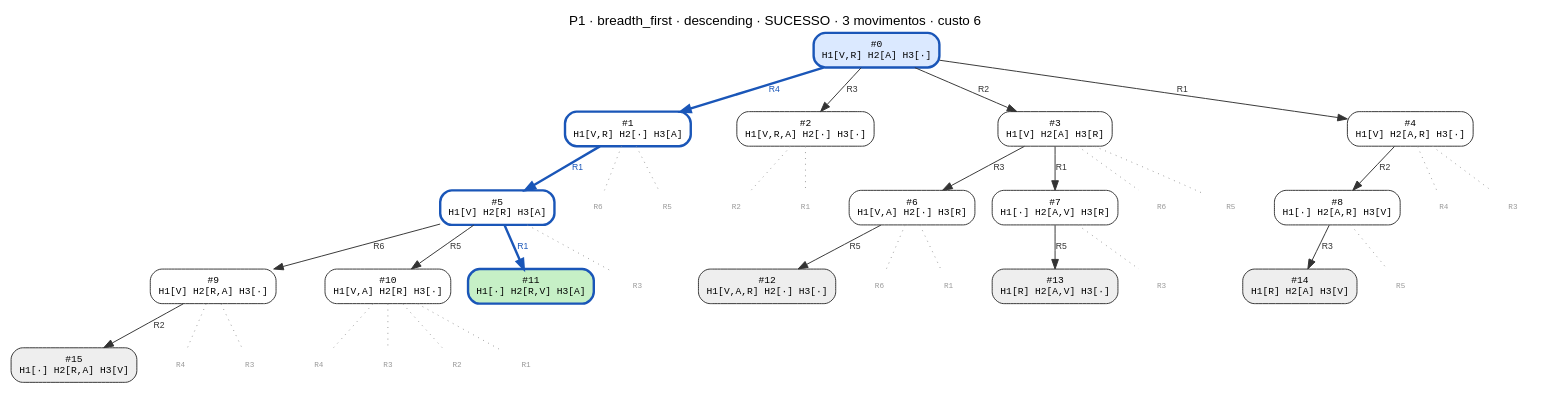
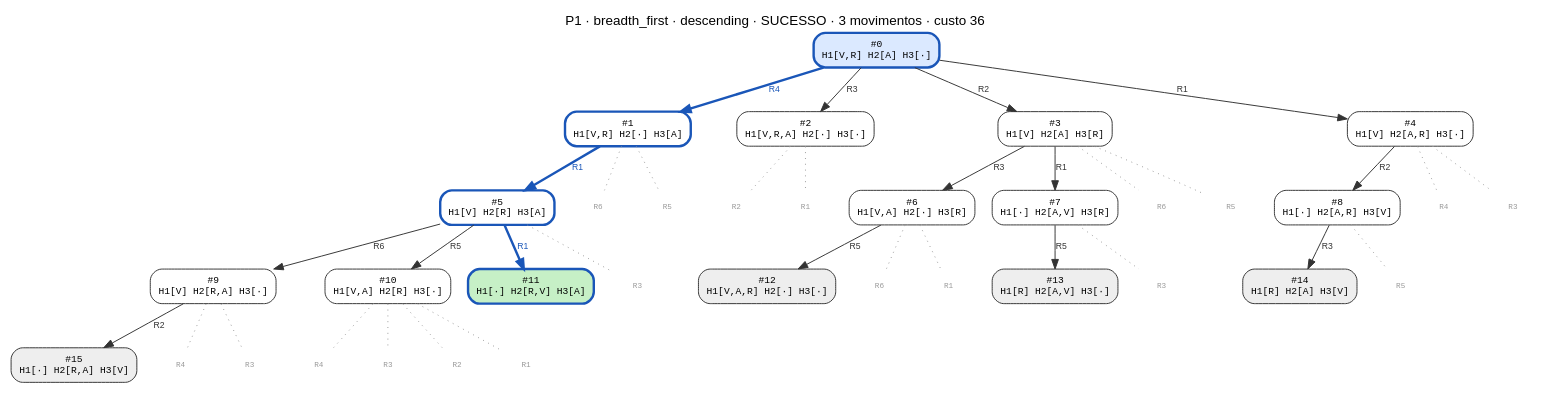
The diagram in data/P1/breadth_first_descending.dot (CharlesLB/dcc-014-trabalho-1), drawn with Graphviz before and after one commit. The commit also changed 17 other files, not shown here.

Commit message:
Regenerate the search-tree graphs with the ten-per-move cost

```diff
--- a/data/P1/breadth_first_descending.dot
+++ b/data/P1/breadth_first_descending.dot
@@ -1,74 +1,74 @@
 digraph search {
-  label="P1 · breadth_first · descending · SUCESSO · 3 movimentos · custo 6"; labelloc=t; fontname="Helvetica";
+  label="P1 · breadth_first · descending · SUCESSO · 3 movimentos · custo 36"; labelloc=t; fontname="Helvetica";
   node [shape=box, style="rounded,filled", fontname="monospace", fontsize=10];
   edge [fontname="Helvetica", fontsize=9];
   n0 [label="#0\nH1[V,R] H2[A] H3[·]", fillcolor="#dbe9ff", color="#1a56b8", penwidth=2.5];
   n1 [label="#1\nH1[V,R] H2[·] H3[A]", fillcolor="#ffffff", color="#1a56b8", penwidth=2.5];
   n0 -> n1 [label="R4", color="#1a56b8", fontcolor="#1a56b8", penwidth=2.5];
   n2 [label="#2\nH1[V,R,A] H2[·] H3[·]", fillcolor="#ffffff", color="#333333", penwidth=1];
   n0 -> n2 [label="R3", color="#333333", fontcolor="#333333", penwidth=1];
   n3 [label="#3\nH1[V] H2[A] H3[R]", fillcolor="#ffffff", color="#333333", penwidth=1];
   n0 -> n3 [label="R2", color="#333333", fontcolor="#333333", penwidth=1];
   n4 [label="#4\nH1[V] H2[A,R] H3[·]", fillcolor="#ffffff", color="#333333", penwidth=1];
   n0 -> n4 [label="R1", color="#333333", fontcolor="#333333", penwidth=1];
   n5 [label="#5\nH1[V] H2[R] H3[A]", fillcolor="#ffffff", color="#1a56b8", penwidth=2.5];
   n1 -> n5 [label="R1", color="#1a56b8", fontcolor="#1a56b8", penwidth=2.5];
   n6 [label="#6\nH1[V,A] H2[·] H3[R]", fillcolor="#ffffff", color="#333333", penwidth=1];
   n3 -> n6 [label="R3", color="#333333", fontcolor="#333333", penwidth=1];
   n7 [label="#7\nH1[·] H2[A,V] H3[R]", fillcolor="#ffffff", color="#333333", penwidth=1];
   n3 -> n7 [label="R1", color="#333333", fontcolor="#333333", penwidth=1];
   n8 [label="#8\nH1[·] H2[A,R] H3[V]", fillcolor="#ffffff", color="#333333", penwidth=1];
   n4 -> n8 [label="R2", color="#333333", fontcolor="#333333", penwidth=1];
   n9 [label="#9\nH1[V] H2[R,A] H3[·]", fillcolor="#ffffff", color="#333333", penwidth=1];
   n5 -> n9 [label="R6", color="#333333", fontcolor="#333333", penwidth=1];
   n10 [label="#10\nH1[V,A] H2[R] H3[·]", fillcolor="#ffffff", color="#333333", penwidth=1];
   n5 -> n10 [label="R5", color="#333333", fontcolor="#333333", penwidth=1];
   n11 [label="#11\nH1[·] H2[R,V] H3[A]", fillcolor="#c6f0c6", color="#1a56b8", penwidth=2.5];
   n5 -> n11 [label="R1", color="#1a56b8", fontcolor="#1a56b8", penwidth=2.5];
   n12 [label="#12\nH1[V,A,R] H2[·] H3[·]", fillcolor="#eeeeee", color="#333333", penwidth=1];
   n6 -> n12 [label="R5", color="#333333", fontcolor="#333333", penwidth=1];
   n13 [label="#13\nH1[R] H2[A,V] H3[·]", fillcolor="#eeeeee", color="#333333", penwidth=1];
   n7 -> n13 [label="R5", color="#333333", fontcolor="#333333", penwidth=1];
   n14 [label="#14\nH1[R] H2[A] H3[V]", fillcolor="#eeeeee", color="#333333", penwidth=1];
   n8 -> n14 [label="R3", color="#333333", fontcolor="#333333", penwidth=1];
   n15 [label="#15\nH1[·] H2[R,A] H3[V]", fillcolor="#eeeeee", color="#333333", penwidth=1];
   n9 -> n15 [label="R2", color="#333333", fontcolor="#333333", penwidth=1];
   p1_R6 [label="R6", shape=plaintext, style=solid, fontcolor="#999999", fontsize=8];
   n1 -> p1_R6 [style=dotted, color="#999999", arrowhead=none];
   p1_R5 [label="R5", shape=plaintext, style=solid, fontcolor="#999999", fontsize=8];
   n1 -> p1_R5 [style=dotted, color="#999999", arrowhead=none];
   p2_R2 [label="R2", shape=plaintext, style=solid, fontcolor="#999999", fontsize=8];
   n2 -> p2_R2 [style=dotted, color="#999999", arrowhead=none];
   p2_R1 [label="R1", shape=plaintext, style=solid, fontcolor="#999999", fontsize=8];
   n2 -> p2_R1 [style=dotted, color="#999999", arrowhead=none];
   p3_R6 [label="R6", shape=plaintext, style=solid, fontcolor="#999999", fontsize=8];
   n3 -> p3_R6 [style=dotted, color="#999999", arrowhead=none];
   p3_R5 [label="R5", shape=plaintext, style=solid, fontcolor="#999999", fontsize=8];
   n3 -> p3_R5 [style=dotted, color="#999999", arrowhead=none];
   p4_R4 [label="R4", shape=plaintext, style=solid, fontcolor="#999999", fontsize=8];
   n4 -> p4_R4 [style=dotted, color="#999999", arrowhead=none];
   p4_R3 [label="R3", shape=plaintext, style=solid, fontcolor="#999999", fontsize=8];
   n4 -> p4_R3 [style=dotted, color="#999999", arrowhead=none];
   p5_R3 [label="R3", shape=plaintext, style=solid, fontcolor="#999999", fontsize=8];
   n5 -> p5_R3 [style=dotted, color="#999999", arrowhead=none];
   p6_R6 [label="R6", shape=plaintext, style=solid, fontcolor="#999999", fontsize=8];
   n6 -> p6_R6 [style=dotted, color="#999999", arrowhead=none];
   p6_R1 [label="R1", shape=plaintext, style=solid, fontcolor="#999999", fontsize=8];
   n6 -> p6_R1 [style=dotted, color="#999999", arrowhead=none];
   p7_R3 [label="R3", shape=plaintext, style=solid, fontcolor="#999999", fontsize=8];
   n7 -> p7_R3 [style=dotted, color="#999999", arrowhead=none];
   p8_R5 [label="R5", shape=plaintext, style=solid, fontcolor="#999999", fontsize=8];
   n8 -> p8_R5 [style=dotted, color="#999999", arrowhead=none];
   p9_R4 [label="R4", shape=plaintext, style=solid, fontcolor="#999999", fontsize=8];
   n9 -> p9_R4 [style=dotted, color="#999999", arrowhead=none];
   p9_R3 [label="R3", shape=plaintext, style=solid, fontcolor="#999999", fontsize=8];
   n9 -> p9_R3 [style=dotted, color="#999999", arrowhead=none];
   p10_R4 [label="R4", shape=plaintext, style=solid, fontcolor="#999999", fontsize=8];
   n10 -> p10_R4 [style=dotted, color="#999999", arrowhead=none];
   p10_R3 [label="R3", shape=plaintext, style=solid, fontcolor="#999999", fontsize=8];
   n10 -> p10_R3 [style=dotted, color="#999999", arrowhead=none];
   p10_R2 [label="R2", shape=plaintext, style=solid, fontcolor="#999999", fontsize=8];
   n10 -> p10_R2 [style=dotted, color="#999999", arrowhead=none];
   p10_R1 [label="R1", shape=plaintext, style=solid, fontcolor="#999999", fontsize=8];
   n10 -> p10_R1 [style=dotted, color="#999999", arrowhead=none];
 }
```
